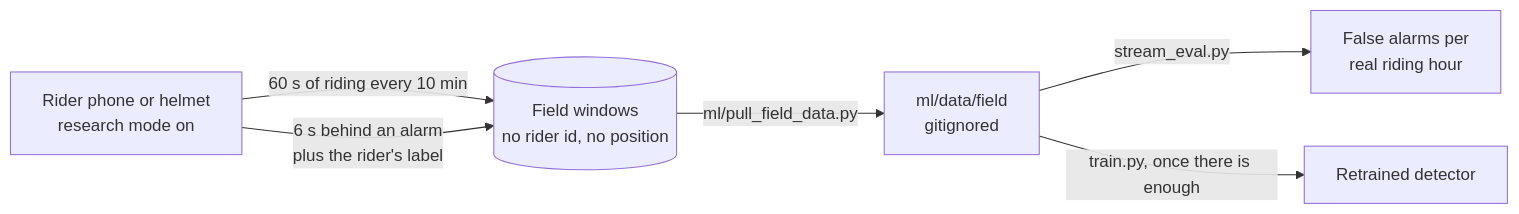
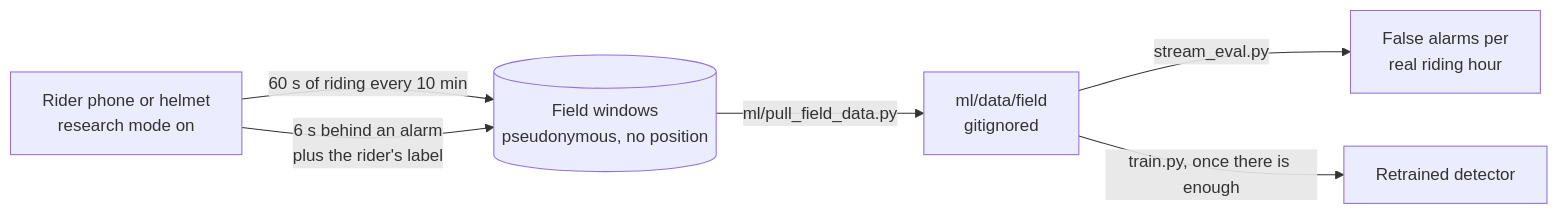
The fifth of 6 diagrams in README.md (KarinaKKarinaK/imperial-hackathon), drawn with Mermaid before and after one commit. The commit also changed other lines of this file and 4 other files, not shown here.

Commit message:
Call research data pseudonymous, note it holds no real rides yet

````diff
--- a/README.md
+++ b/README.md
@@ -307,8 +307,8 @@
 ```mermaid
 flowchart LR
-  P["Rider phone or helmet<br/>research mode on"] -- "60 s of riding every 10 min" --> F[("Field windows<br/>no rider id, no position")]
+  P["Rider phone or helmet<br/>research mode on"] -- "60 s of riding every 10 min" --> F[("Field windows<br/>pseudonymous, no position")]
   P -- "6 s behind an alarm<br/>plus the rider's label" --> F
   F -- "ml/pull_field_data.py" --> D["ml/data/field<br/>gitignored"]
   D -- "stream_eval.py" --> M["False alarms per<br/>real riding hour"]
   D -- "train.py, once there is enough" --> R["Retrained detector"]
 ```
````
